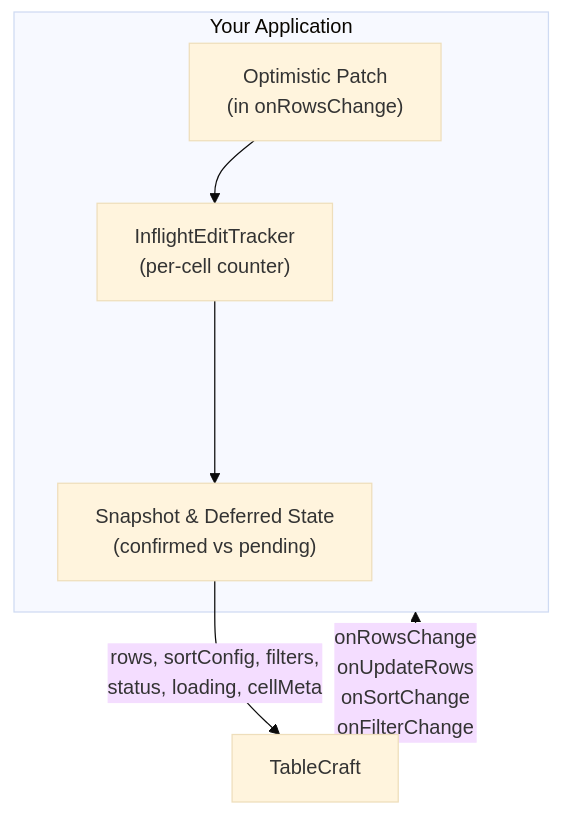
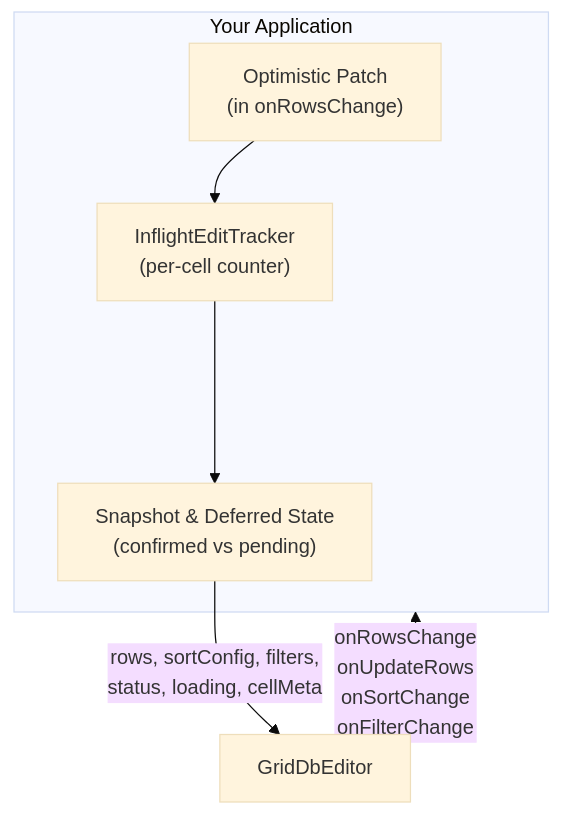
One commit to SebastianBaltes/customtable changed the third of 3 diagrams in README.md. Above: the diagram before and after it, drawn with Mermaid (base theme). The commit also changed other lines of this file and 31 other files, not shown here.

Commit message:
Rename TableCraft -> GridDbEditor everywhere, rename repo to react-grid-db-editor

````diff
--- a/README.md
+++ b/README.md
@@ -663,12 +663,12 @@
 ```mermaid
 flowchart TB
   subgraph app["Your Application"]
     OP["Optimistic Patch\n(in onRowsChange)"]
     IT["InflightEditTracker\n(per-cell counter)"]
     SS["Snapshot & Deferred State\n(confirmed vs pending)"]
     OP --> IT --> SS
   end
 
-  SS -->|"rows, sortConfig, filters,\nstatus, loading, cellMeta"| CT["TableCraft"]
+  SS -->|"rows, sortConfig, filters,\nstatus, loading, cellMeta"| CT["GridDbEditor"]
   CT -->|"onRowsChange\nonUpdateRows\nonSortChange\nonFilterChange"| app
 ```
````
